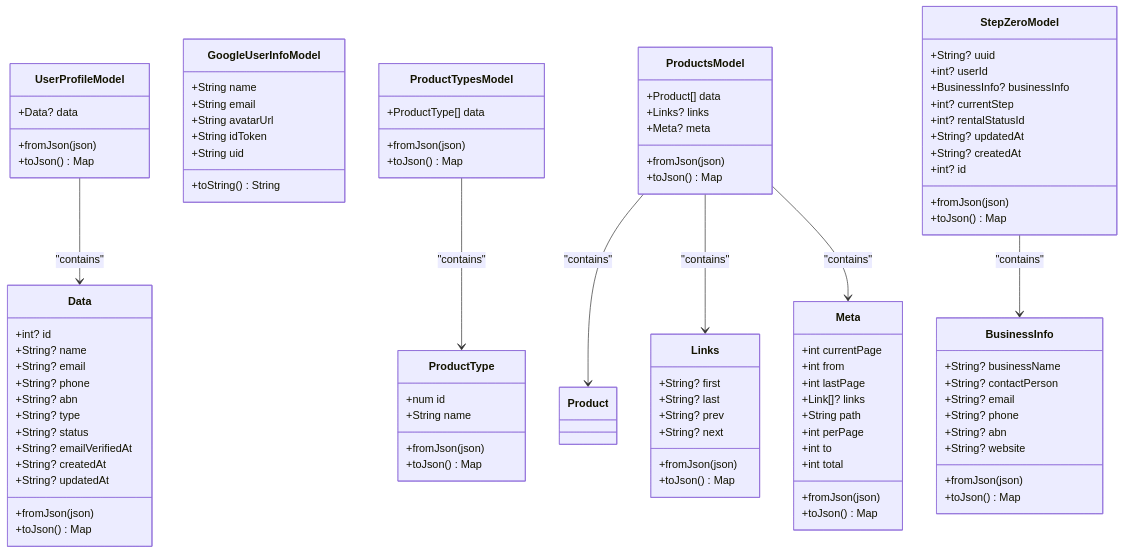
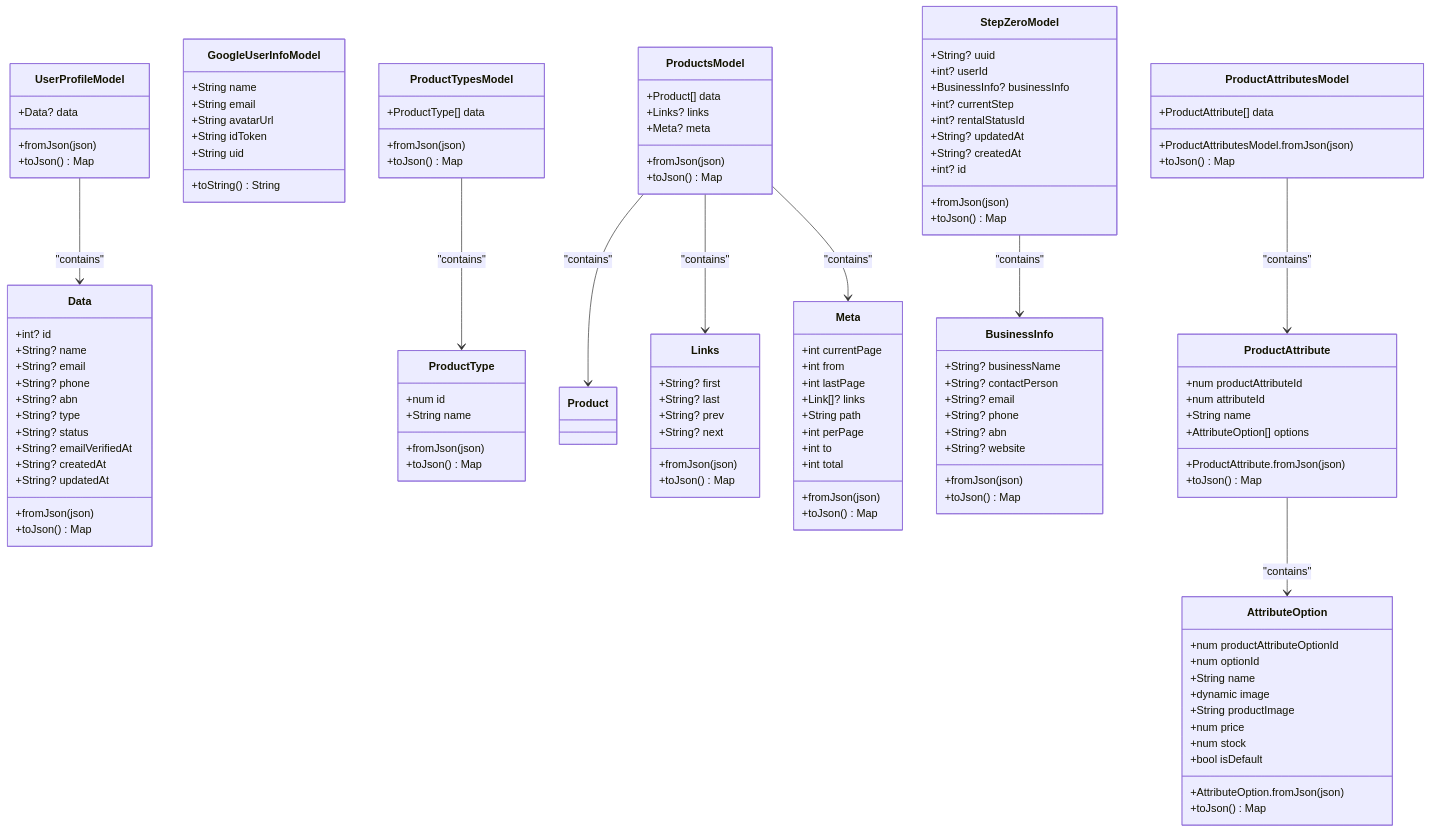
Before and after one commit to Ariful3111/FurniGo: the eighth of 13 diagrams in .qoder/repowiki/en/content/Architecture Overview/Data Layer Architecture.md, drawn with Mermaid. The commit also changed other lines of this file and 13 other files, not shown here.

````diff
--- a/.qoder/repowiki/en/content/Architecture Overview/Data Layer Architecture.md
+++ b/.qoder/repowiki/en/content/Architecture Overview/Data Layer Architecture.md
@@ -597,10 +726,37 @@
 +fromJson(json)
 +toJson() Map
 }
+class ProductAttributesModel {
++ProductAttribute[] data
++ProductAttributesModel.fromJson(json)
++toJson() Map
+}
+class ProductAttribute {
++num productAttributeId
++num attributeId
++String name
++AttributeOption[] options
++ProductAttribute.fromJson(json)
++toJson() Map
+}
+class AttributeOption {
++num productAttributeOptionId
++num optionId
++String name
++dynamic image
++String productImage
++num price
++num stock
++bool isDefault
++AttributeOption.fromJson(json)
++toJson() Map
+}
 UserProfileModel --> Data : "contains"
 ProductTypesModel --> ProductType : "contains"
 ProductsModel --> Product : "contains"
 ProductsModel --> Links : "contains"
 ProductsModel --> Meta : "contains"
 StepZeroModel --> BusinessInfo : "contains"
+ProductAttributesModel --> ProductAttribute : "contains"
+ProductAttribute --> AttributeOption : "contains"
 ```
````
